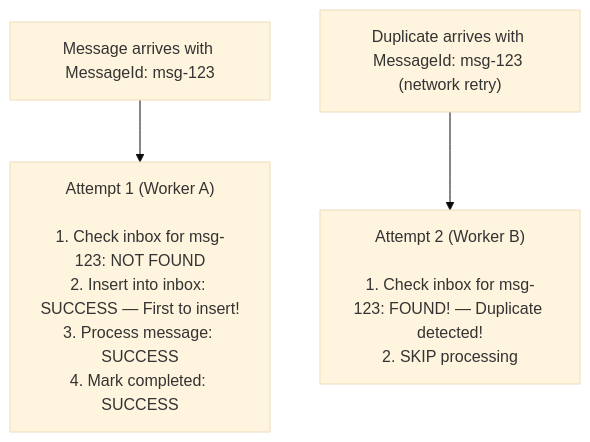
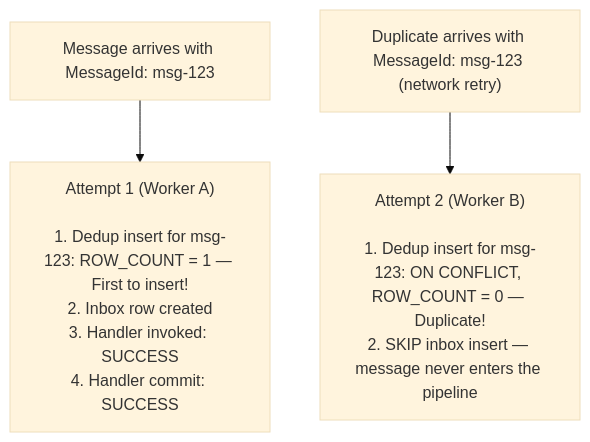
The second of 3 diagrams in src/assets/docs/v1.0.0/messaging/inbox-pattern.md (whizbang-lib/whizbang-lib.github.io), drawn with Mermaid (base theme) before and after one commit. The commit also changed other lines of this file and 14 other files, not shown here.

````diff
--- a/src/assets/docs/v1.0.0/messaging/inbox-pattern.md
+++ b/src/assets/docs/v1.0.0/messaging/inbox-pattern.md
@@ -405,14 +250,14 @@
 ```mermaid
 flowchart TD
     M1["Message arrives with MessageId: msg-123"]
-    A1["Attempt 1 (Worker A)<br/><br/>1. Check inbox for msg-123: NOT FOUND<br/>2. Insert into inbox: SUCCESS — First to insert!<br/>3. Process message: SUCCESS<br/>4. Mark completed: SUCCESS"]
+    A1["Attempt 1 (Worker A)<br/><br/>1. Dedup insert for msg-123: ROW_COUNT = 1 — First to insert!<br/>2. Inbox row created<br/>3. Handler invoked: SUCCESS<br/>4. Handler commit: SUCCESS"]
     M2["Duplicate arrives with MessageId: msg-123 (network retry)"]
-    A2["Attempt 2 (Worker B)<br/><br/>1. Check inbox for msg-123: FOUND! — Duplicate detected!<br/>2. SKIP processing"]
+    A2["Attempt 2 (Worker B)<br/><br/>1. Dedup insert for msg-123: ON CONFLICT, ROW_COUNT = 0 — Duplicate!<br/>2. SKIP inbox insert — message never enters the pipeline"]
 
     M1 --> A1
     M2 --> A2
 
     class M1,M2 layer-command
     class A1 layer-core
     class A2 layer-event
 ```
````
